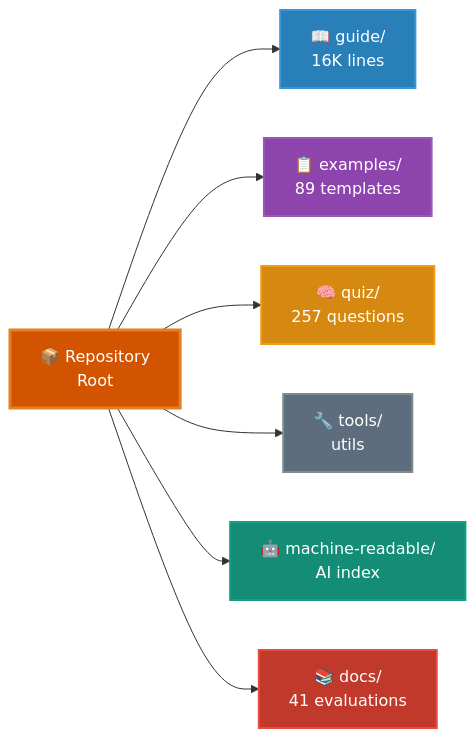
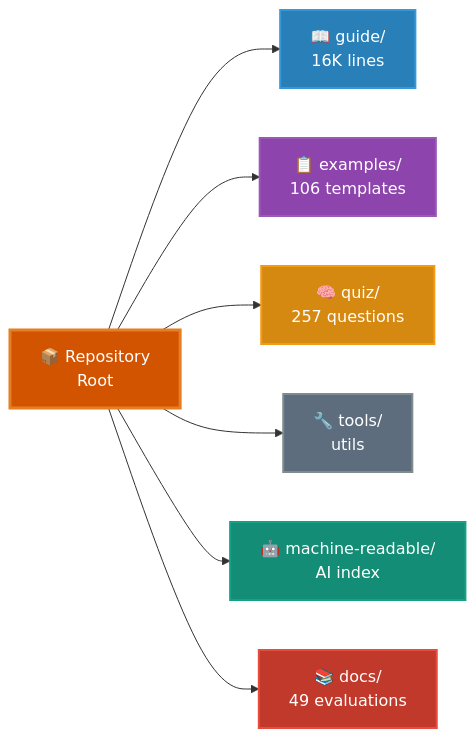
The diagram in README.md (scostello/claude-code-ultimate-guide), drawn with Mermaid before and after one commit. The commit also changed other lines of this file and 10 other files, not shown here.

First line of the commit message:
feat: adaptive onboarding architecture v2.0.0 (v3.23.0)

````diff
--- a/README.md
+++ b/README.md
@@ -65,19 +65,19 @@
 ```mermaid
 graph LR
     root[📦 Repository<br/>Root]
 
     root --> guide[📖 guide/<br/>16K lines]
-    root --> examples[📋 examples/<br/>89 templates]
+    root --> examples[📋 examples/<br/>106 templates]
     root --> quiz[🧠 quiz/<br/>257 questions]
     root --> tools[🔧 tools/<br/>utils]
     root --> machine[🤖 machine-readable/<br/>AI index]
-    root --> docs[📚 docs/<br/>41 evaluations]
+    root --> docs[📚 docs/<br/>49 evaluations]
 
     style root fill:#d35400,stroke:#e67e22,stroke-width:3px,color:#fff
     style guide fill:#2980b9,stroke:#3498db,stroke-width:2px,color:#fff
     style examples fill:#8e44ad,stroke:#9b59b6,stroke-width:2px,color:#fff
     style quiz fill:#d68910,stroke:#f39c12,stroke-width:2px,color:#fff
     style tools fill:#5d6d7e,stroke:#7f8c8d,stroke-width:2px,color:#fff
     style machine fill:#138d75,stroke:#16a085,stroke-width:2px,color:#fff
     style docs fill:#c0392b,stroke:#e74c3c,stroke-width:2px,color:#fff
 ```
````
